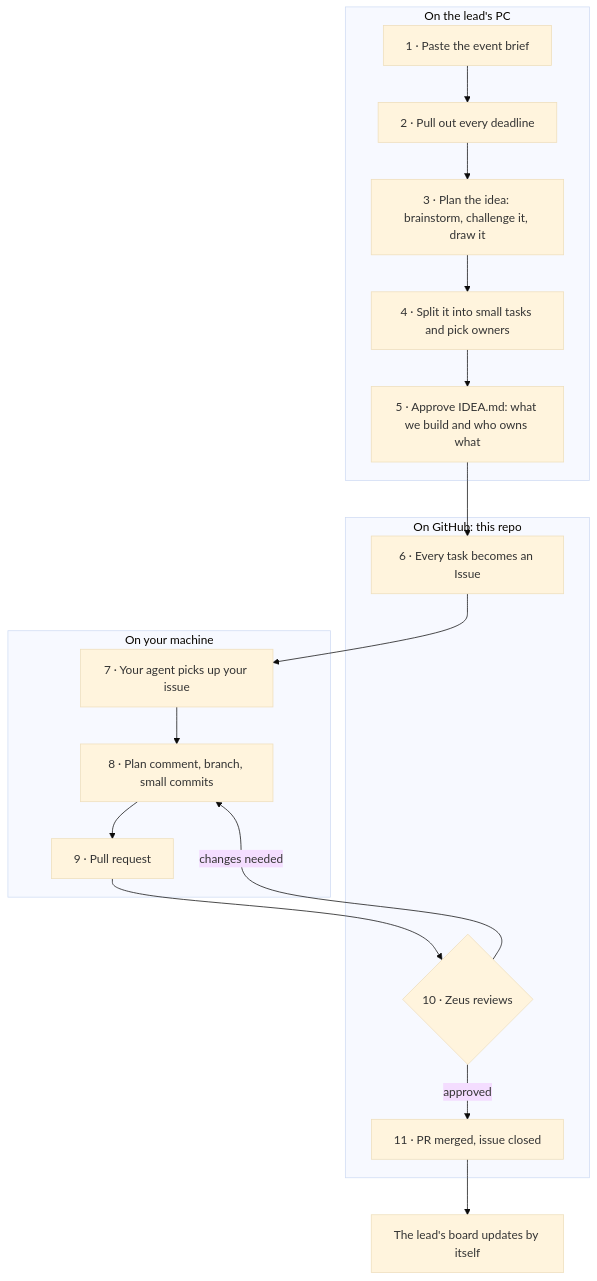
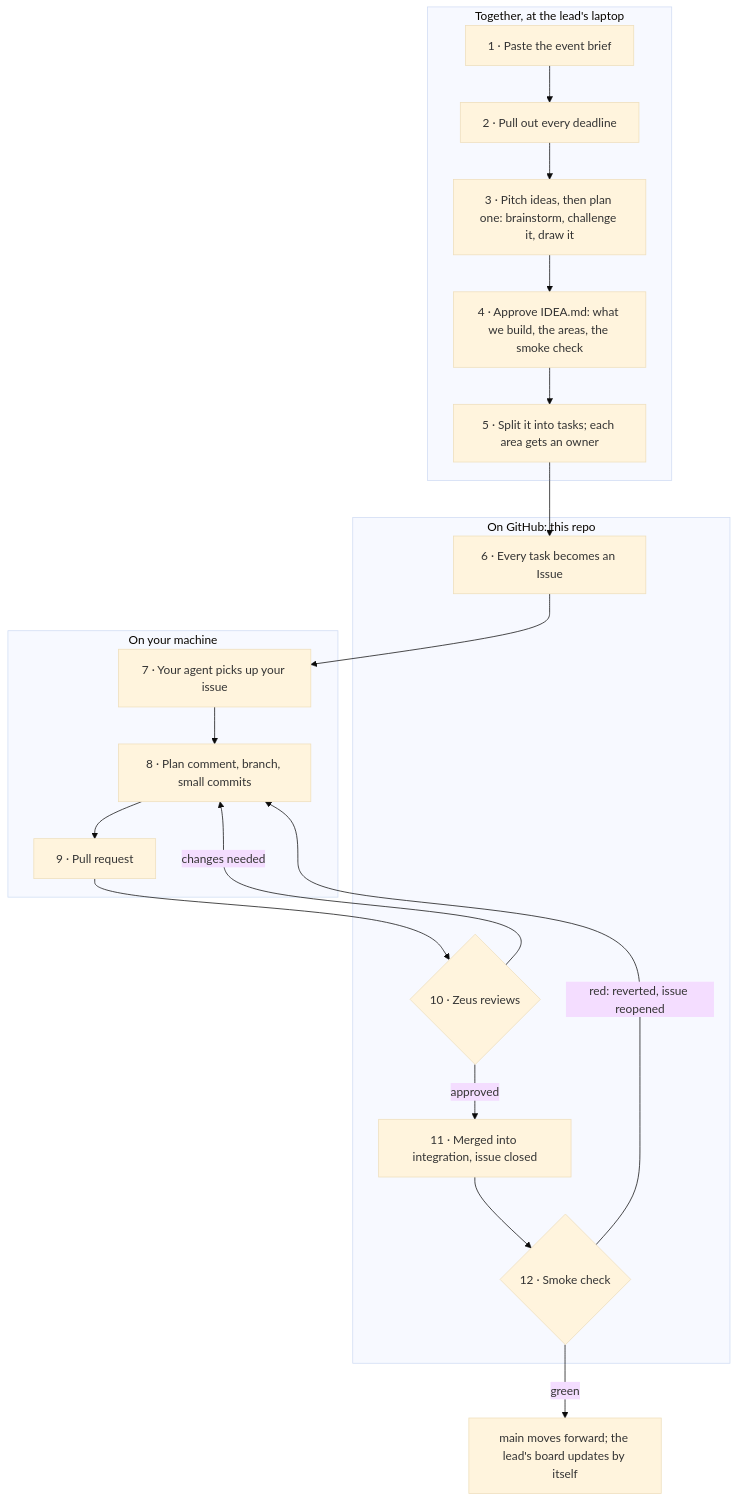
The first of 5 diagrams in README.md (atiladeokegab/hackathon_teamwork), drawn with Mermaid (base theme) before and after one commit. The commit also changed other lines of this file and 1 other file, not shown here.

Commit message:
T-230 review fixes: questions found by mention, one-line PowerShell-safe command, answered questions skipped, PRs based on integration, pool issues edit their Files, Depends on readiness, Prometheus plans via Zeus; README order, smoke revert in the diagrams, admin exception stated

````diff
--- a/README.md
+++ b/README.md
@@ -35,23 +35,26 @@
 ```mermaid
 flowchart TB
-    subgraph LEAD["On the lead's PC"]
+    subgraph LEAD["Together, at the lead's laptop"]
         A["1 · Paste the event brief"] --> B["2 · Pull out every deadline"]
-        B --> C["3 · Plan the idea: brainstorm, challenge it, draw it"]
-        C --> D["4 · Split it into small tasks and pick owners"]
-        D --> E["5 · Approve IDEA.md: what we build and who owns what"]
+        B --> C["3 · Pitch ideas, then plan one: brainstorm, challenge it, draw it"]
+        C --> D["4 · Approve IDEA.md: what we build, the areas, the smoke check"]
+        D --> E["5 · Split it into tasks; each area gets an owner"]
     end
     subgraph GH["On GitHub: this repo"]
         F["6 · Every task becomes an Issue"]
         R{"10 · Zeus reviews"}
-        M["11 · PR merged, issue closed"]
+        M["11 · Merged into integration, issue closed"]
+        S{"12 · Smoke check"}
     end
     subgraph YOU["On your machine"]
         G["7 · Your agent picks up your issue"] --> H["8 · Plan comment, branch, small commits"]
         H --> I["9 · Pull request"]
     end
     E --> F --> G
     I --> R
     R -- "changes needed" --> H
     R -- "approved" --> M
-    M --> N["The lead's board updates by itself"]
+    M --> S
+    S -- "green" --> N["main moves forward; the lead's board updates by itself"]
+    S -- "red: reverted, issue reopened" --> H
 ```
````
